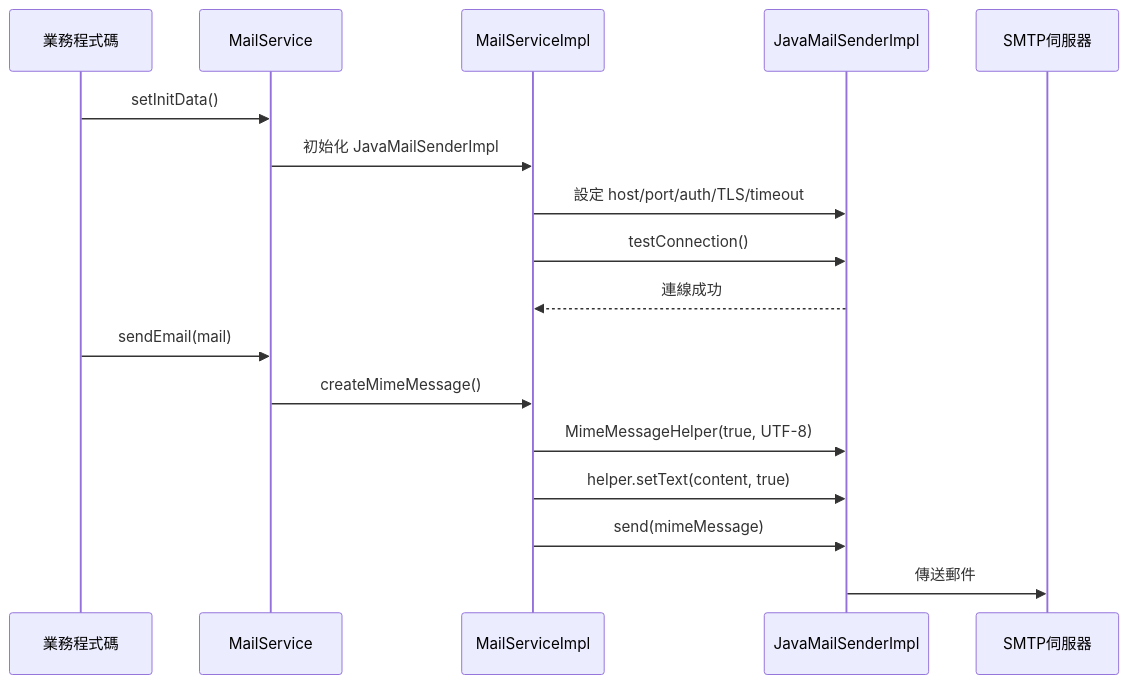
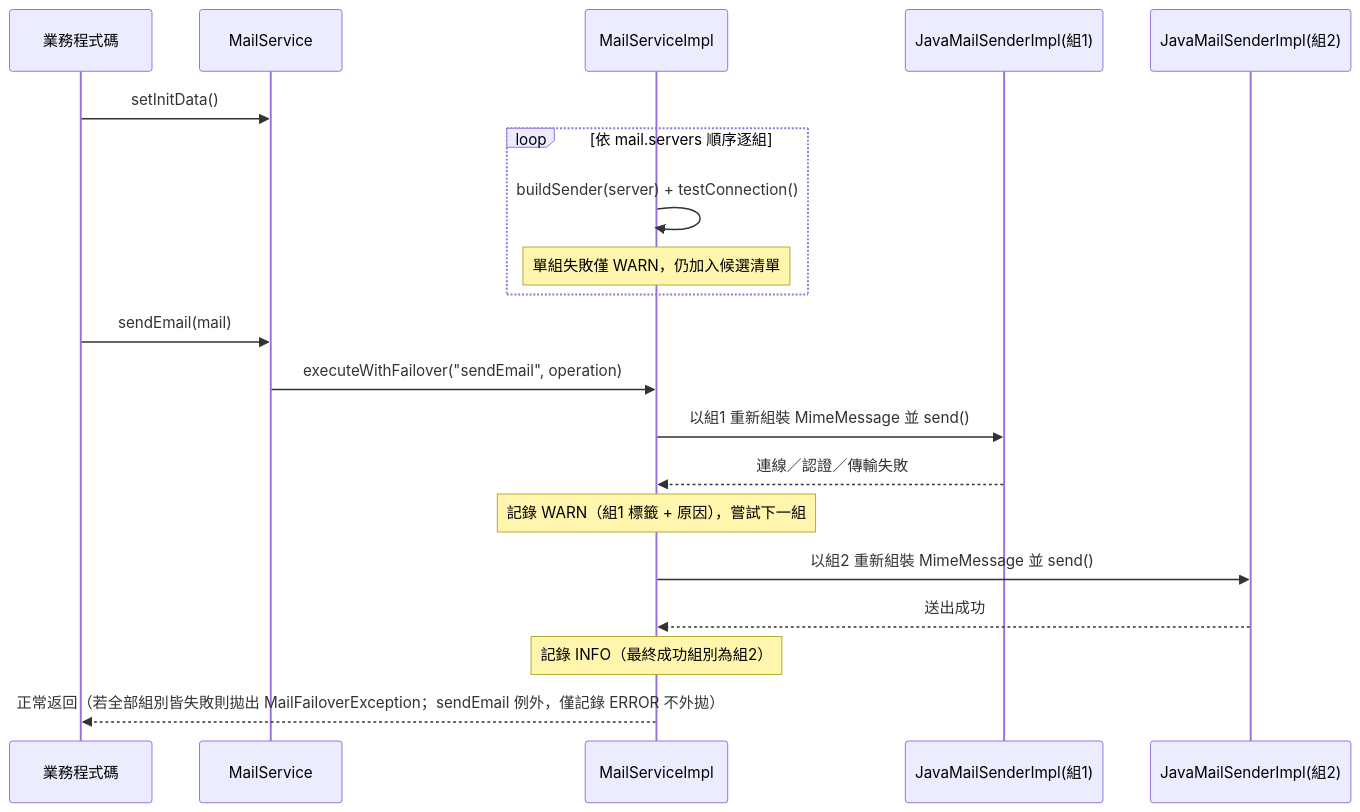
One commit to a09090443/zipe-spring-boot-starters changed the diagram in doc-site/docs/base-starter/architecture.md. Above: the diagram before and after it, drawn with Mermaid. The commit also changed other lines of this file and 23 other files, not shown here.

````diff
--- a/doc-site/docs/base-starter/architecture.md
+++ b/doc-site/docs/base-starter/architecture.md
@@ -370,21 +391,24 @@
 ```mermaid
 sequenceDiagram
     participant 業務程式碼
     participant MailService
     participant MailServiceImpl
-    participant JavaMailSenderImpl
-    participant SMTP伺服器
+    participant Server1 as JavaMailSenderImpl(組1)
+    participant Server2 as JavaMailSenderImpl(組2)
 
     業務程式碼->>MailService: setInitData()
-    MailService->>MailServiceImpl: 初始化 JavaMailSenderImpl
-    MailServiceImpl->>JavaMailSenderImpl: 設定 host/port/auth/TLS/timeout
-    MailServiceImpl->>JavaMailSenderImpl: testConnection()
-    JavaMailSenderImpl-->>MailServiceImpl: 連線成功
+    loop 依 mail.servers 順序逐組
+        MailServiceImpl->>MailServiceImpl: buildSender(server) + testConnection()
+        Note over MailServiceImpl: 單組失敗僅 WARN，仍加入候選清單
+    end
 
     業務程式碼->>MailService: sendEmail(mail)
-    MailService->>MailServiceImpl: createMimeMessage()
-    MailServiceImpl->>JavaMailSenderImpl: MimeMessageHelper(true, UTF-8)
-    MailServiceImpl->>JavaMailSenderImpl: helper.setText(content, true)
-    MailServiceImpl->>JavaMailSenderImpl: send(mimeMessage)
-    JavaMailSenderImpl->>SMTP伺服器: 傳送郵件
+    MailService->>MailServiceImpl: executeWithFailover("sendEmail", operation)
+    MailServiceImpl->>Server1: 以組1 重新組裝 MimeMessage 並 send()
+    Server1-->>MailServiceImpl: 連線／認證／傳輸失敗
+    Note over MailServiceImpl: 記錄 WARN（組1 標籤 + 原因），嘗試下一組
+    MailServiceImpl->>Server2: 以組2 重新組裝 MimeMessage 並 send()
+    Server2-->>MailServiceImpl: 送出成功
+    Note over MailServiceImpl: 記錄 INFO（最終成功組別為組2）
+    MailServiceImpl-->>業務程式碼: 正常返回（若全部組別皆失敗則拋出 MailFailoverException；sendEmail 例外，僅記錄 ERROR 不外拋）
 ```
````
